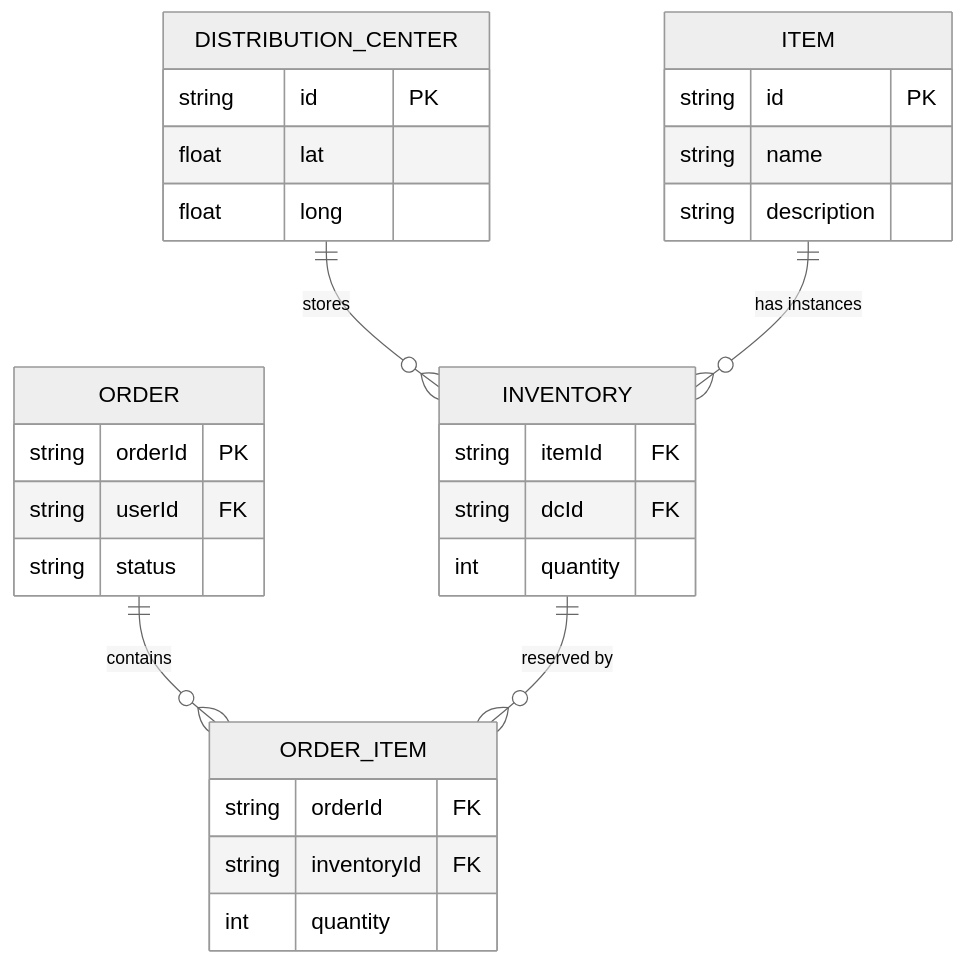
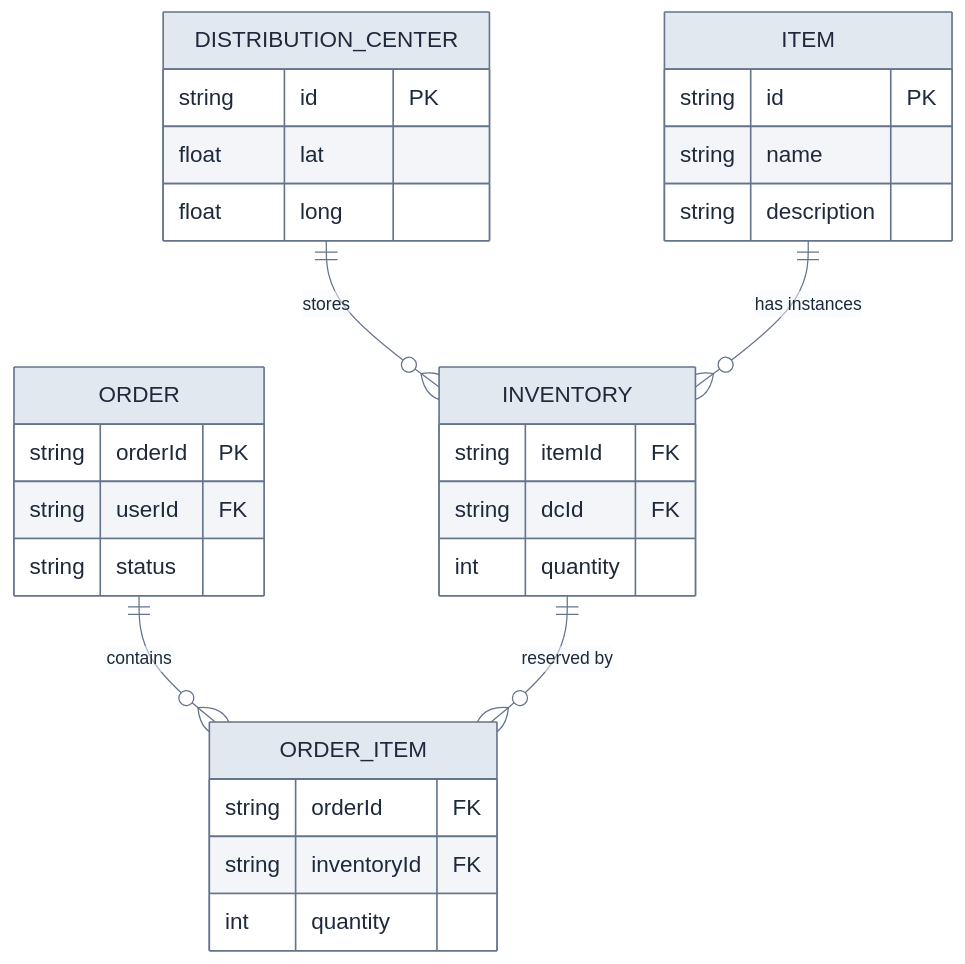
One commit to vipi-n/swe-101 changed the first of 14 diagrams in hld/localDeliveryService.md. Above: the diagram before and after it, drawn with Mermaid. The commit also changed other lines of this file, not shown here.

````diff
--- a/hld/localDeliveryService.md
+++ b/hld/localDeliveryService.md
@@ -112,33 +112,33 @@
 ```mermaid
-%%{init: {'theme': 'neutral', 'themeVariables': {'fontSize': '18px'}}}%%
+%%{init: {'theme': 'base', 'themeVariables': {'fontSize': '18px', 'primaryColor': '#e2e8f0', 'primaryTextColor': '#1e293b', 'primaryBorderColor': '#64748b', 'lineColor': '#64748b', 'secondaryColor': '#f1f5f9', 'tertiaryColor': '#f8fafc'}}}%%
 erDiagram
     DISTRIBUTION_CENTER {
         string id PK
         float lat
         float long
     }
     ITEM {
         string id PK
         string name
         string description
     }
     INVENTORY {
         string itemId FK
         string dcId FK
         int quantity
     }
     ORDER {
         string orderId PK
         string userId FK
         string status
     }
     ORDER_ITEM {
         string orderId FK
         string inventoryId FK
         int quantity
     }
     DISTRIBUTION_CENTER ||--o{ INVENTORY : "stores"
     ITEM ||--o{ INVENTORY : "has instances"
     ORDER ||--o{ ORDER_ITEM : "contains"
     INVENTORY ||--o{ ORDER_ITEM : "reserved by"
 ```
````
